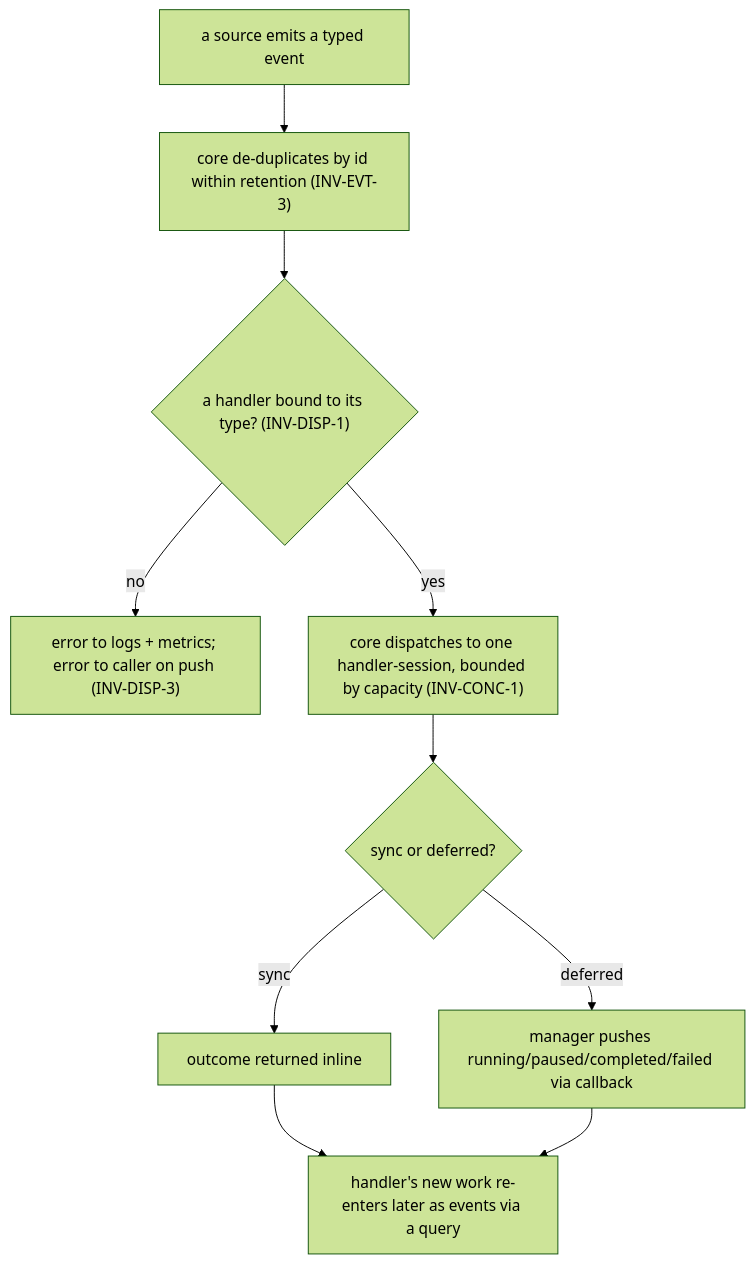
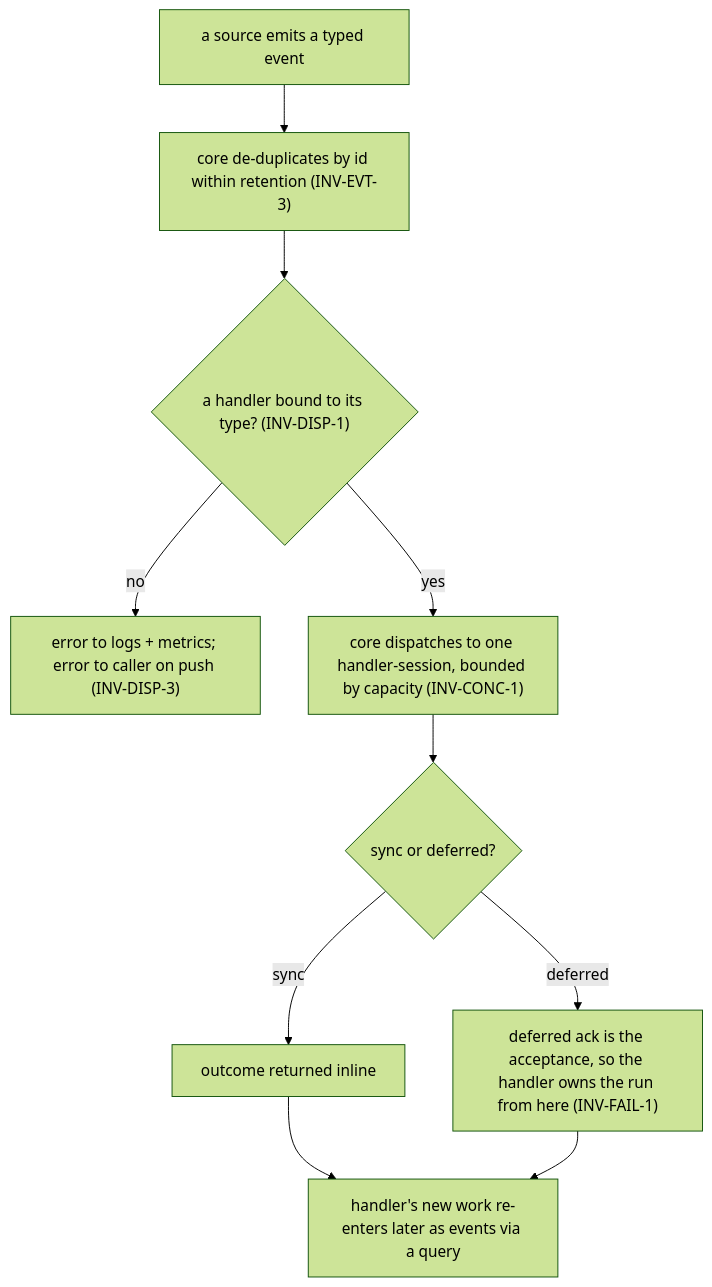
One commit to phillipgreenii/nix-agent-support changed the sixth of 13 diagrams in packages/pr-pool/docs/behavior/journeys.md. Above: the diagram before and after it, drawn with Mermaid (forest theme). The commit also changed other lines of this file and 5 other files, not shown here.

````diff
--- a/packages/pr-pool/docs/behavior/journeys.md
+++ b/packages/pr-pool/docs/behavior/journeys.md
@@ -294,12 +297,12 @@
 ```mermaid
 flowchart TD
     emit["a source emits a typed event"] --> dedup["core de-duplicates by id within retention (INV-EVT-3)"]
     dedup --> route{"a handler bound to its type? (INV-DISP-1)"}
     route -->|no| err["error to logs + metrics; error to caller on push (INV-DISP-3)"]
     route -->|yes| disp["core dispatches to one handler-session, bounded by capacity (INV-CONC-1)"]
     disp --> reply{"sync or deferred?"}
     reply -->|sync| out["outcome returned inline"]
-    reply -->|deferred| cb["manager pushes running/paused/completed/failed via callback"]
+    reply -->|deferred| cb["deferred ack is the acceptance, so the handler owns the run from here (INV-FAIL-1)"]
     out --> done["handler's new work re-enters later as events via a query"]
     cb --> done
 ```
````
